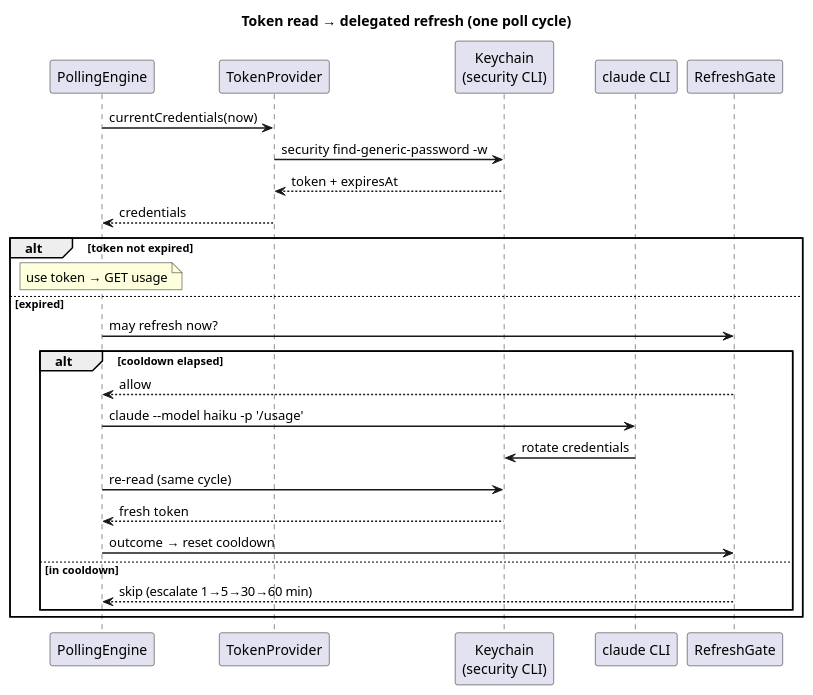
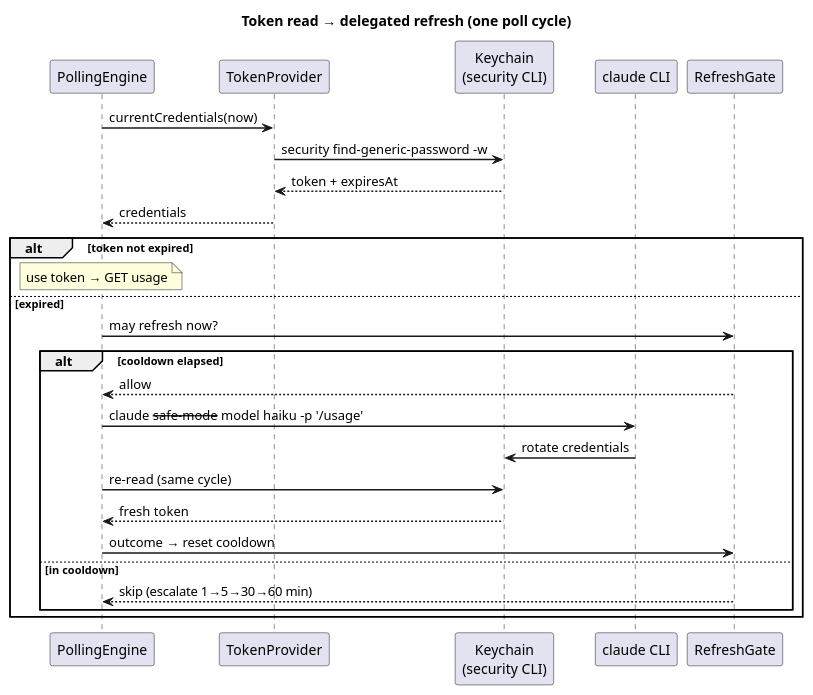
One commit to artem-from-ua/tokenpace changed the third of 6 diagrams in docs/reference/architecture/data-flow.md. Above: the diagram before and after it, drawn with PlantUML. The commit also changed other lines of this file and 7 other files, not shown here.

````diff
--- a/docs/reference/architecture/data-flow.md
+++ b/docs/reference/architecture/data-flow.md
@@ -71,33 +71,33 @@
 ```plantuml
 @startuml
 title Token read → delegated refresh (one poll cycle)
 skinparam sequenceArrowThickness 1.5
 skinparam LifeLineBorderColor #C0C0C0
 
 participant "PollingEngine" as E
 participant "TokenProvider" as TP
 participant "Keychain\n(security CLI)" as KC
 participant "claude CLI" as CLI
 participant "RefreshGate" as RG
 
 E -> TP : currentCredentials(now)
 TP -> KC : security find-generic-password -w
 KC --> TP : token + expiresAt
 TP --> E : credentials
 alt token not expired
   note over E : use token → GET usage
 else expired
   E -> RG : may refresh now?
   alt cooldown elapsed
     RG --> E : allow
-    E -> CLI : claude --model haiku -p '/usage'
+    E -> CLI : claude --safe-mode --model haiku -p '/usage'
     CLI -> KC : rotate credentials
     E -> KC : re-read (same cycle)
     KC --> E : fresh token
     E -> RG : outcome → reset cooldown
   else in cooldown
     RG --> E : skip (escalate 1→5→30→60 min)
   end
 end
 @enduml
 ```
````
